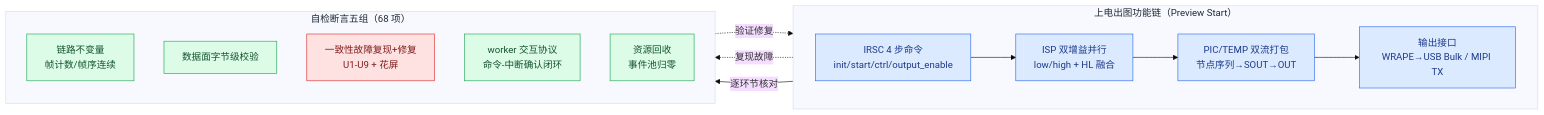
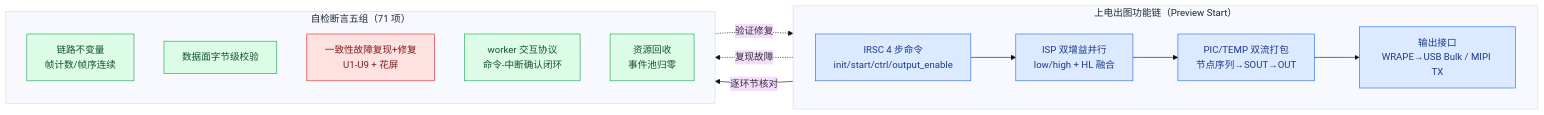
The diagram in docs/example_ISP_pipeline_functional_test_report_zh.md (DeguiLiu/coact), drawn with Mermaid (base theme) before and after one commit. The commit also changed other lines of this file and 2 other files, not shown here.

````diff
--- a/docs/example_ISP_pipeline_functional_test_report_zh.md
+++ b/docs/example_ISP_pipeline_functional_test_report_zh.md
@@ -7,25 +7,25 @@
 ```mermaid
 flowchart LR
     subgraph BOOT["上电出图功能链（Preview Start）"]
         direction LR
         A1["IRSC 4 步命令<br/>init/start/ctrl/output_enable"]:::f1 --> A2["ISP 双增益并行<br/>low/high + HL 融合"]:::f1
         A2 --> A3["PIC/TEMP 双流打包<br/>节点序列→SOUT→OUT"]:::f1
         A3 --> A4["输出接口<br/>WRAPE→USB Bulk / MIPI TX"]:::f1
     end
-    subgraph ASSERT["自检断言五组（68 项）"]
+    subgraph ASSERT["自检断言五组（71 项）"]
         direction TB
         B1["链路不变量<br/>帧计数/帧序连续"]:::f2
         B2["数据面字节级校验"]:::f2
         B3["一致性故障复现+修复<br/>U1-U9 + 花屏"]:::f3
         B4["worker 交互协议<br/>命令-中断确认闭环"]:::f2
         B5["资源回收<br/>事件池归零"]:::f2
     end
     BOOT -->|"逐环节核对"| ASSERT
     A3 -.->|"复现故障"| B3
     B3 -.->|"验证修复"| A3
     classDef f1 fill:#dbeafe,stroke:#2563eb,color:#1e3a8a
     classDef f2 fill:#dcfce7,stroke:#16a34a,color:#14532d
     classDef f3 fill:#fee2e2,stroke:#dc2626,color:#7f1d1d
     style BOOT color:#1f2937
     style ASSERT color:#1f2937
 ```
````
